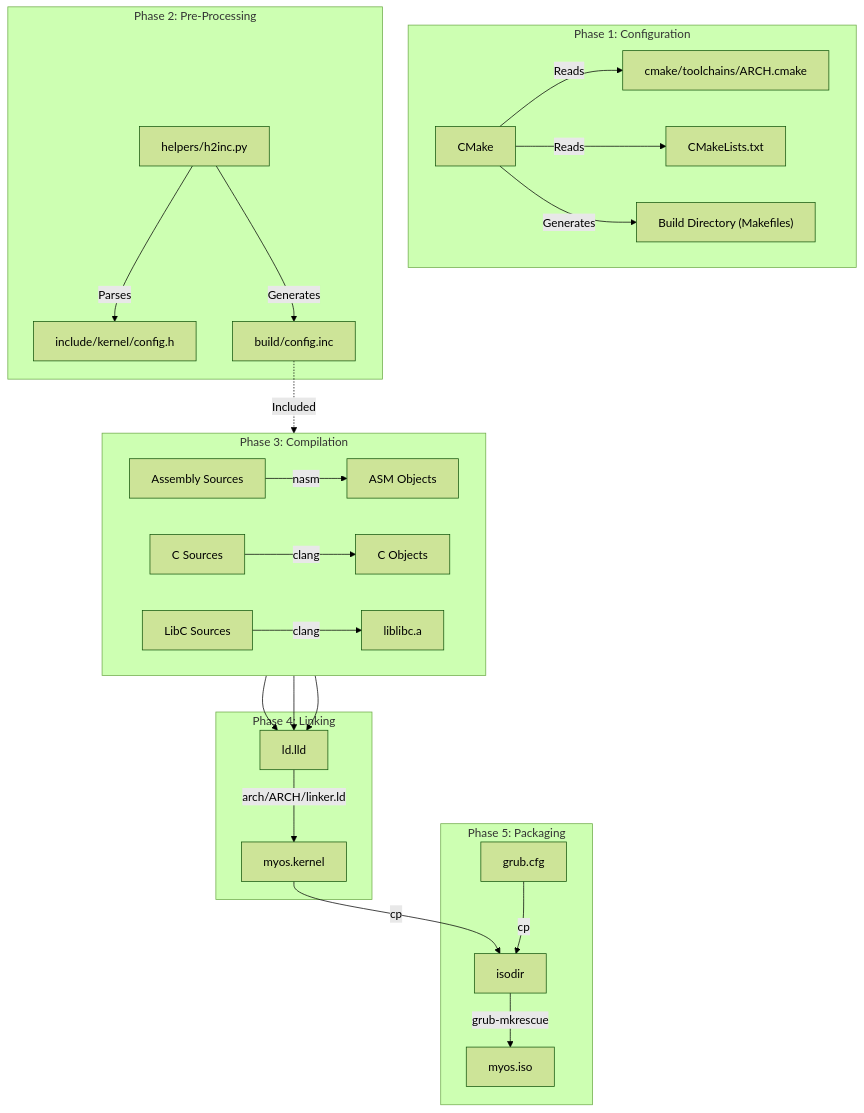
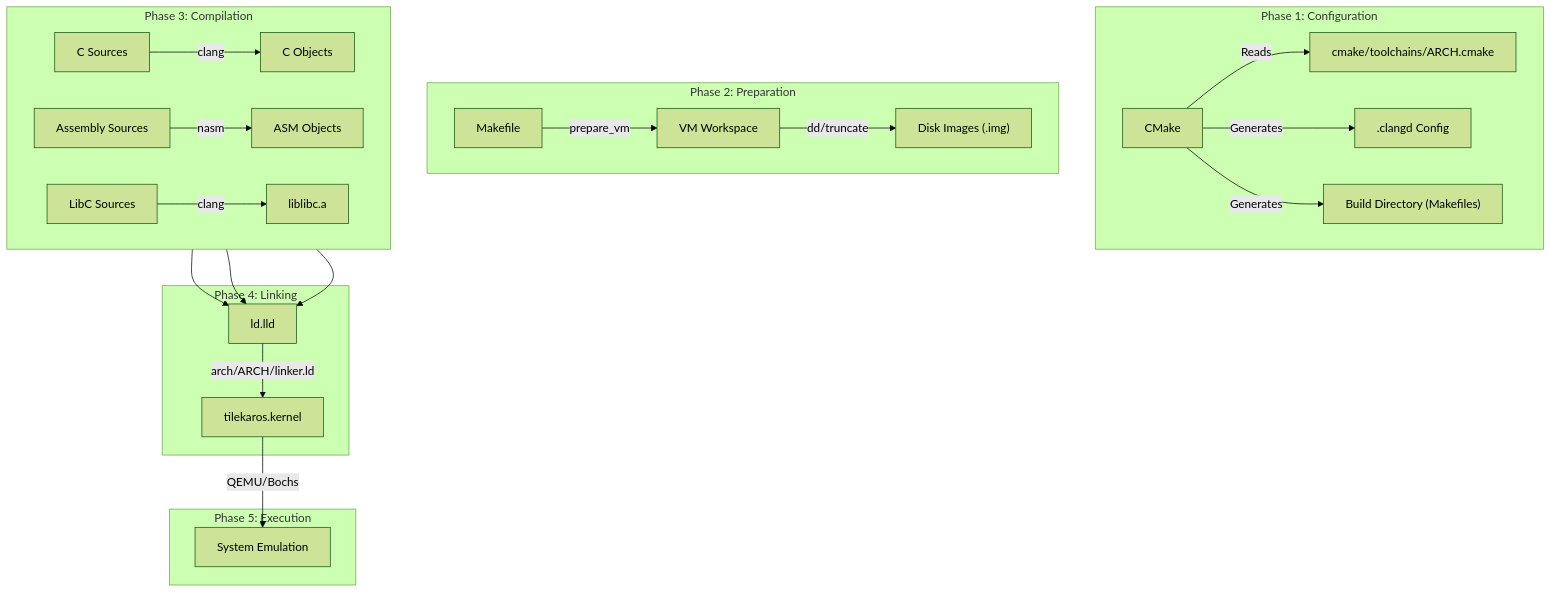
One commit to SohamTilekar/TilekarOS changed the diagram in docs/getting-started/build-system.md. Above: the diagram before and after it, drawn with Mermaid (forest theme). The commit also changed other lines of this file and 6 other files, not shown here.

````diff
--- a/docs/getting-started/build-system.md
+++ b/docs/getting-started/build-system.md
@@ -18,36 +24,29 @@
 ```mermaid
 graph TD
     subgraph Phase1 ["Phase 1: Configuration"]
         CMake[CMake] -->|Reads| Toolchain["cmake/toolchains/ARCH.cmake"]
-        CMake -->|Reads| CM_Root["CMakeLists.txt"]
+        CMake -->|Generates| Clangd[".clangd Config"]
         CMake -->|Generates| BuildEnv["Build Directory (Makefiles)"]
     end
 
-    subgraph Phase2 ["Phase 2: Pre-Processing"]
-        Config_H[include/kernel/config.h]
-        Helper[helpers/h2inc.py]
-        
-        Helper -->|Parses| Config_H
-        Helper -->|Generates| Config_Inc[build/config.inc]
+    subgraph Phase2 ["Phase 2: Preparation"]
+        Make[Makefile] -->|prepare_vm| VM_Dir["VM Workspace"]
+        VM_Dir -->|dd/truncate| Drives["Disk Images (.img)"]
     end
 
     subgraph Phase3 ["Phase 3: Compilation"]
         direction LR
-        Config_Inc -.->|Included| ASM_Src["Assembly Sources"]
-        
-        ASM_Src -->|nasm| ASM_Obj["ASM Objects"]
         C_Src["C Sources"] -->|clang| C_Obj["C Objects"]
+        ASM_Src["Assembly Sources"] -->|nasm| ASM_Obj["ASM Objects"]
         LibC_Src["LibC Sources"] -->|clang| LibC_Lib["liblibc.a"]
     end
 
     subgraph Phase4 ["Phase 4: Linking"]
         ASM_Obj & C_Obj & LibC_Lib --> Linker[ld.lld]
-        Linker -->|arch/ARCH/linker.ld| Kernel["myos.kernel"]
+        Linker -->|arch/ARCH/linker.ld| Kernel["tilekaros.kernel"]
     end
 
-    subgraph Phase5 ["Phase 5: Packaging"]
-        Kernel -->|cp| ISO_Dir[isodir]
-        GRUB[grub.cfg] -->|cp| ISO_Dir
-        ISO_Dir -->|grub-mkrescue| ISO["myos.iso"]
+    subgraph Phase5 ["Phase 5: Execution"]
+        Kernel -->|QEMU/Bochs| Run["System Emulation"]
     end
 ```
````
